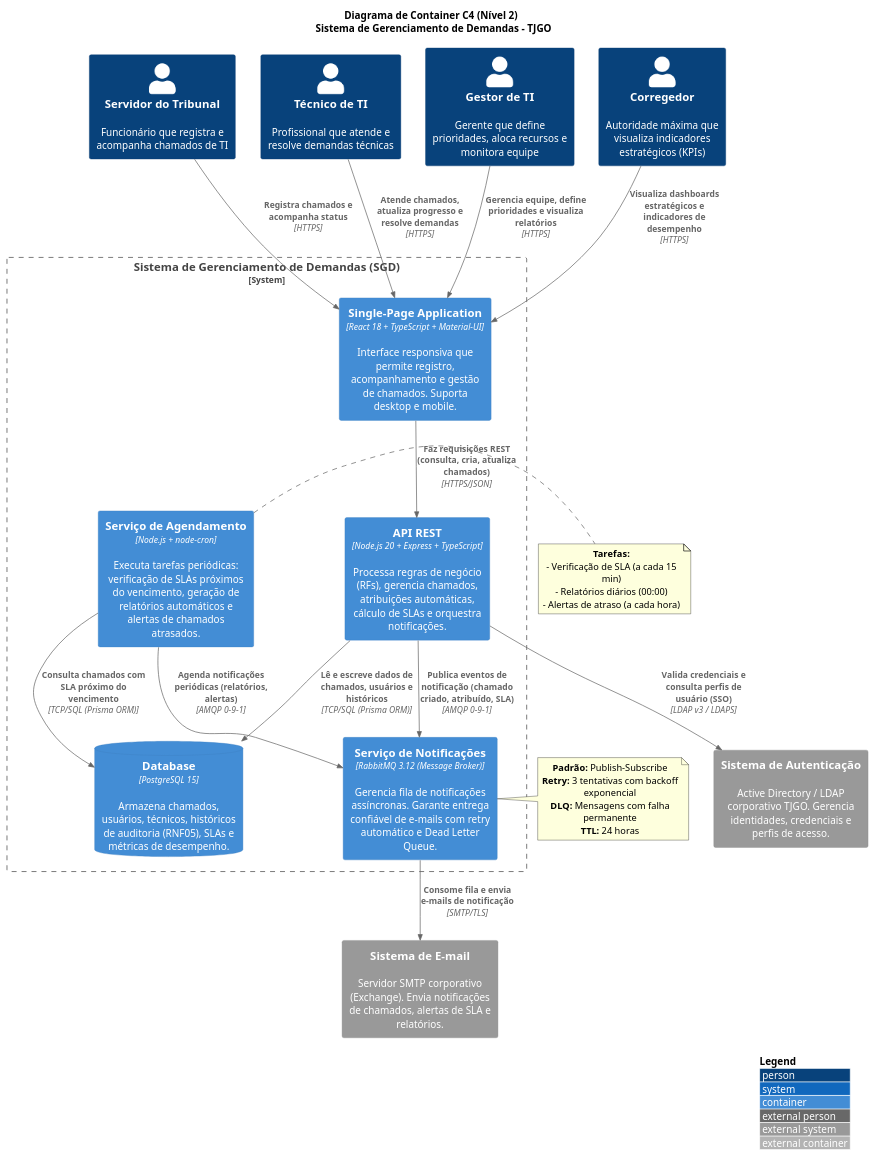
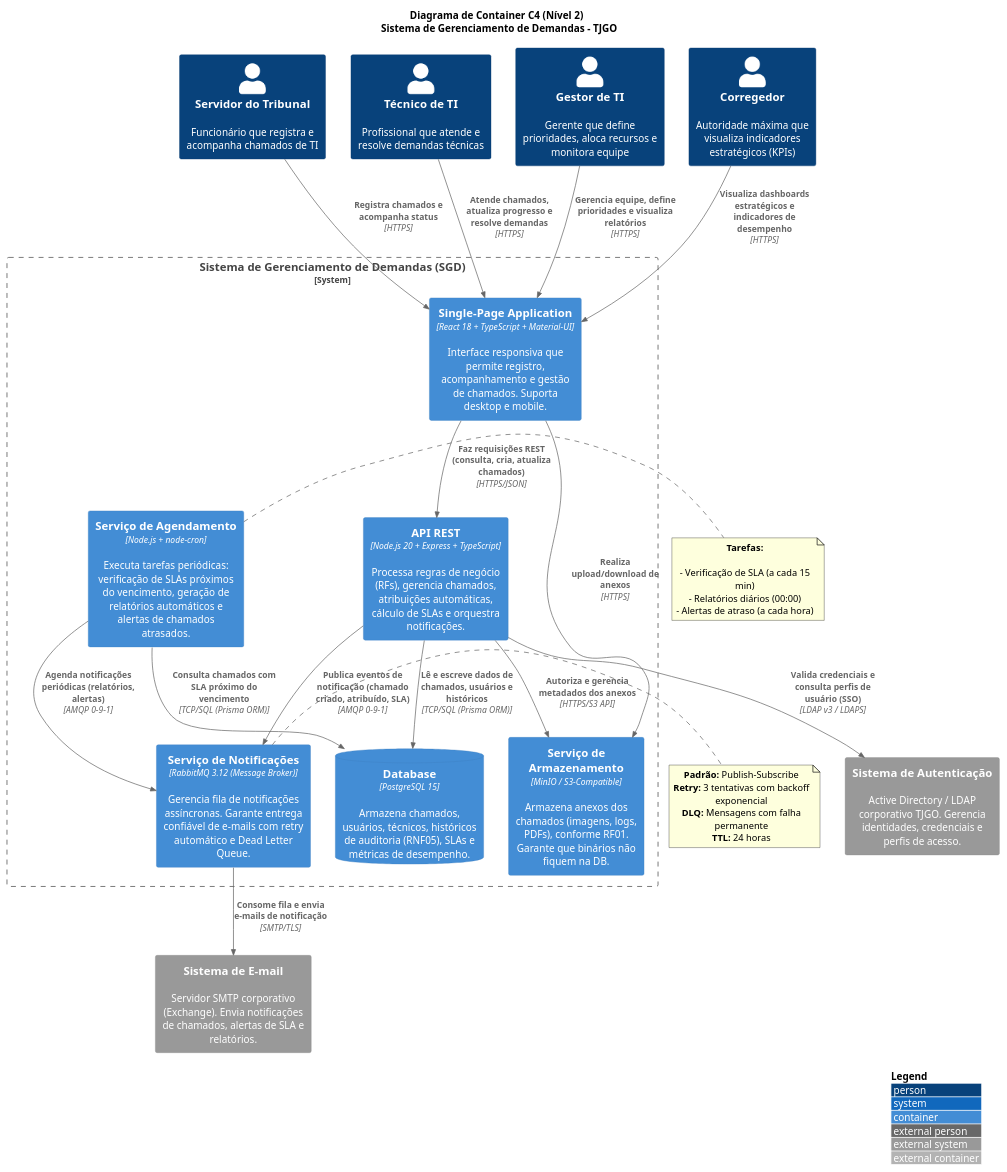
One commit to victor-alexandre/TJGO-Projeto-Software changed the diagram in Artefato 2 - Diagrama de Container (C4)/README.md. Above: the diagram before and after it, drawn with PlantUML.

Commit message:
feat: adiciona container de blob storage ao diagrama C4

```diff
--- a/Artefato 2 - Diagrama de Container (C4)/README.md
+++ b/Artefato 2 - Diagrama de Container (C4)/README.md
@@ -13,21 +13,25 @@
 
 ' ===== BOUNDARY DO SISTEMA =====
 System_Boundary(sgd, "Sistema de Gerenciamento de Demandas (SGD)") {
-    
+
     ' Container 1: Frontend
     Container(spa, "Single-Page Application", "React 18 + TypeScript + Material-UI", "Interface responsiva que permite registro, acompanhamento e gestão de chamados. Suporta desktop e mobile.")
-    
+
     ' Container 2: Backend API
     Container(api, "API REST", "Node.js 20 + Express + TypeScript", "Processa regras de negócio (RFs), gerencia chamados, atribuições automáticas, cálculo de SLAs e orquestra notificações.")
-    
+
     ' Container 3: Banco de Dados
     ContainerDb(db, "Database", "PostgreSQL 15", "Armazena chamados, usuários, técnicos, históricos de auditoria (RNF05), SLAs e métricas de desempenho.")
-    
+
     ' Container 4: Scheduler
     Container(scheduler, "Serviço de Agendamento", "Node.js + node-cron", "Executa tarefas periódicas: verificação de SLAs próximos do vencimento, geração de relatórios automáticos e alertas de chamados atrasados.")
-    
+
     ' Container 5: Notification Service
     Container(notification, "Serviço de Notificações", "RabbitMQ 3.12 (Message Broker)", "Gerencia fila de notificações assíncronas. Garante entrega confiável de e-mails com retry automático e Dead Letter Queue.")
+
+    ' Container 6: Blob Storage
+    Container(blob_storage, "Serviço de Armazenamento", "MinIO / S3-Compatible", "Armazena anexos dos chamados (imagens, logs, PDFs), conforme RF01. Garante que binários não fiquem na DB.")
+
 }
 
 ' ===== SISTEMAS EXTERNOS =====
@@ -53,19 +57,27 @@
 ' ===== RELACIONAMENTOS: SISTEMA → EXTERNOS =====
 Rel(api, auth_system, "Valida credenciais e consulta perfis de usuário (SSO)", "LDAP v3 / LDAPS")
 
+' A API gerencia os metadados e autoriza o acesso aos anexos
+Rel(api, blob_storage, "Autoriza e gerencia metadados dos anexos", "HTTPS/S3 API")
+
+' O usuário (SPA) pode fazer o upload/download diretamente para o storage
+' após ser autorizado pela API (usando URLs pré-assinadas)
+Rel(spa, blob_storage, "Realiza upload/download de anexos", "HTTPS")
+
 ' ===== NOTAS ARQUITETURAIS =====
 note right of notification
-  **Padrão:** Publish-Subscribe
-  **Retry:** 3 tentativas com backoff exponencial
-  **DLQ:** Mensagens com falha permanente
-  **TTL:** 24 horas
+**Padrão:** Publish-Subscribe
+**Retry:** 3 tentativas com backoff exponencial
+**DLQ:** Mensagens com falha permanente
+**TTL:** 24 horas
 end note
 
 note right of scheduler
-  **Tarefas:**
-  - Verificação de SLA (a cada 15 min)
-  - Relatórios diários (00:00)
-  - Alertas de atraso (a cada hora)
-end note
+**Tarefas:**
+
+- Verificação de SLA (a cada 15 min)
+- Relatórios diários (00:00)
+- Alertas de atraso (a cada hora)
+  end note
 
 @enduml
```
